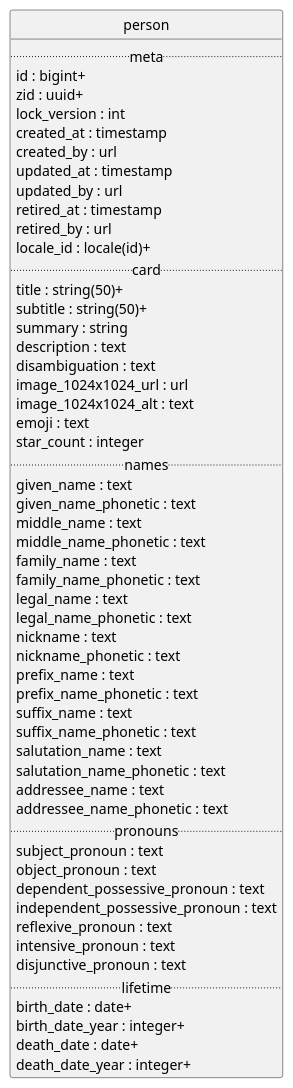
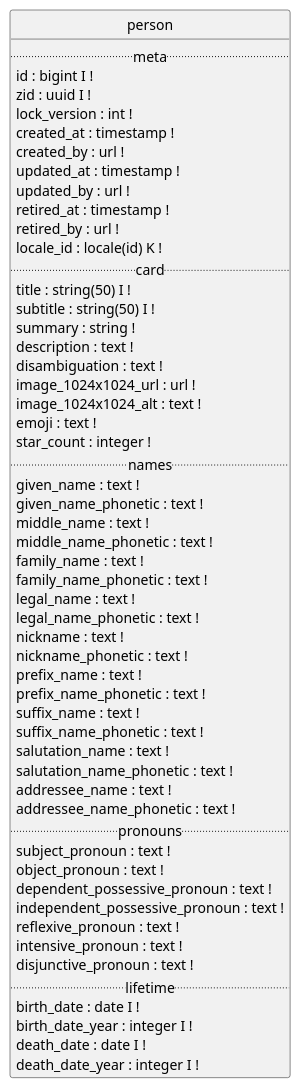
The diagram in api/person/uml.plantuml (contactopensource/contactopensource), drawn with PlantUML before and after one commit. The commit also changed 111 other files, not shown here.

```diff
--- a/api/person/uml.plantuml
+++ b/api/person/uml.plantuml
@@ -1,62 +1,62 @@
 @startuml uml
 skinparam monochrome true
 skinparam linetype ortho
 hide circle
 
 entity person {
   .. meta ..
-  id : bigint+
-  zid : uuid+
-  lock_version : int
-  created_at : timestamp
-  created_by : url
-  updated_at : timestamp
-  updated_by : url
-  retired_at : timestamp
-  retired_by : url
-  locale_id : locale(id)+
+  id : bigint I !
+  zid : uuid I !
+  lock_version : int !
+  created_at : timestamp !
+  created_by : url !
+  updated_at : timestamp !
+  updated_by : url !
+  retired_at : timestamp !
+  retired_by : url !
+  locale_id : locale(id) K !
   .. card ..
-  title : string(50)+
-  subtitle : string(50)+
-  summary : string
-  description : text
-  disambiguation : text
-  image_1024x1024_url : url
-  image_1024x1024_alt : text
-  emoji : text
-  star_count : integer
+  title : string(50) I !
+  subtitle : string(50) I !
+  summary : string !
+  description : text !
+  disambiguation : text !
+  image_1024x1024_url : url !
+  image_1024x1024_alt : text !
+  emoji : text !
+  star_count : integer !
   .. names ..
-  given_name : text
-  given_name_phonetic : text
-  middle_name : text
-  middle_name_phonetic : text
-  family_name : text
-  family_name_phonetic : text
-  legal_name : text
-  legal_name_phonetic : text
-  nickname : text
-  nickname_phonetic : text
-  prefix_name : text
-  prefix_name_phonetic : text
-  suffix_name : text
-  suffix_name_phonetic : text
-  salutation_name : text
-  salutation_name_phonetic : text
-  addressee_name : text
-  addressee_name_phonetic : text
+  given_name : text !
+  given_name_phonetic : text !
+  middle_name : text !
+  middle_name_phonetic : text !
+  family_name : text !
+  family_name_phonetic : text !
+  legal_name : text !
+  legal_name_phonetic : text !
+  nickname : text !
+  nickname_phonetic : text !
+  prefix_name : text !
+  prefix_name_phonetic : text !
+  suffix_name : text !
+  suffix_name_phonetic : text !
+  salutation_name : text !
+  salutation_name_phonetic : text !
+  addressee_name : text !
+  addressee_name_phonetic : text !
   .. pronouns ..
-  subject_pronoun : text
-  object_pronoun : text
-  dependent_possessive_pronoun : text
-  independent_possessive_pronoun : text
-  reflexive_pronoun : text
-  intensive_pronoun : text
-  disjunctive_pronoun : text
+  subject_pronoun : text !
+  object_pronoun : text !
+  dependent_possessive_pronoun : text !
+  independent_possessive_pronoun : text !
+  reflexive_pronoun : text !
+  intensive_pronoun : text !
+  disjunctive_pronoun : text !
   .. lifetime ..
-  birth_date : date+
-  birth_date_year : integer+
-  death_date : date+
-  death_date_year : integer+
+  birth_date : date I !
+  birth_date_year : integer I !
+  death_date : date I !
+  death_date_year : integer I !
 }
 
 @enduml
```
